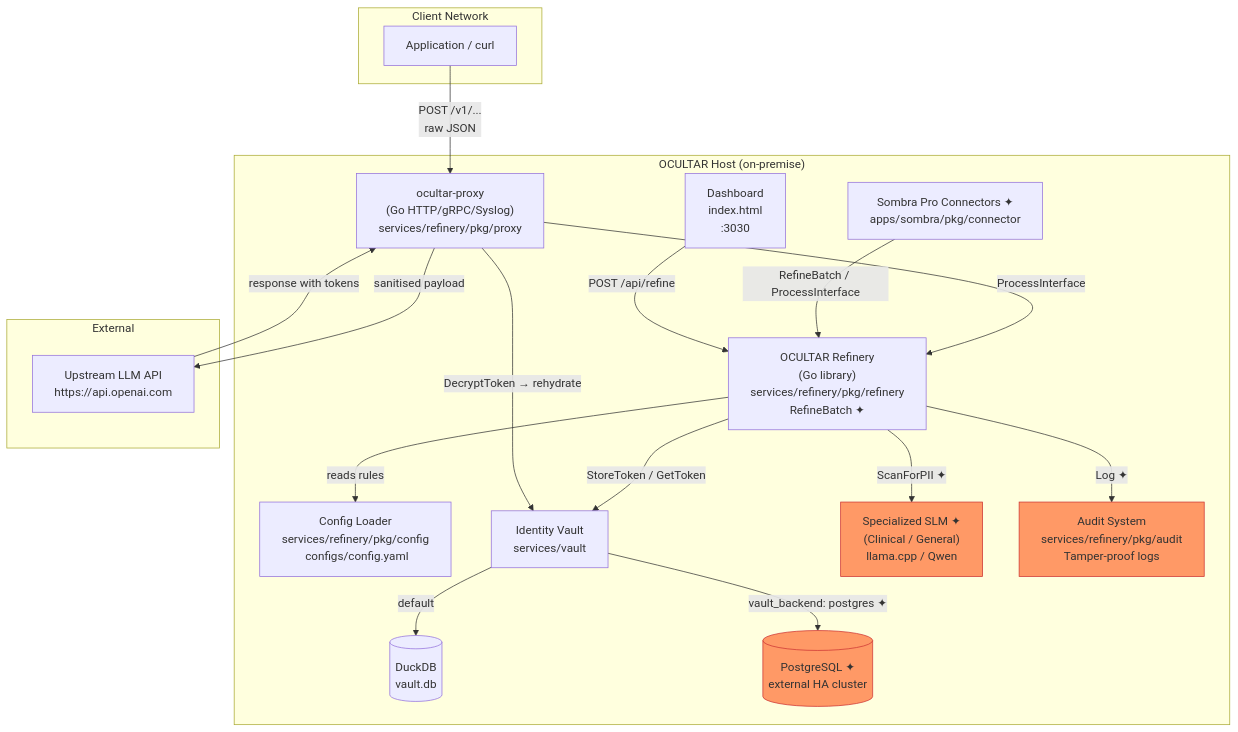
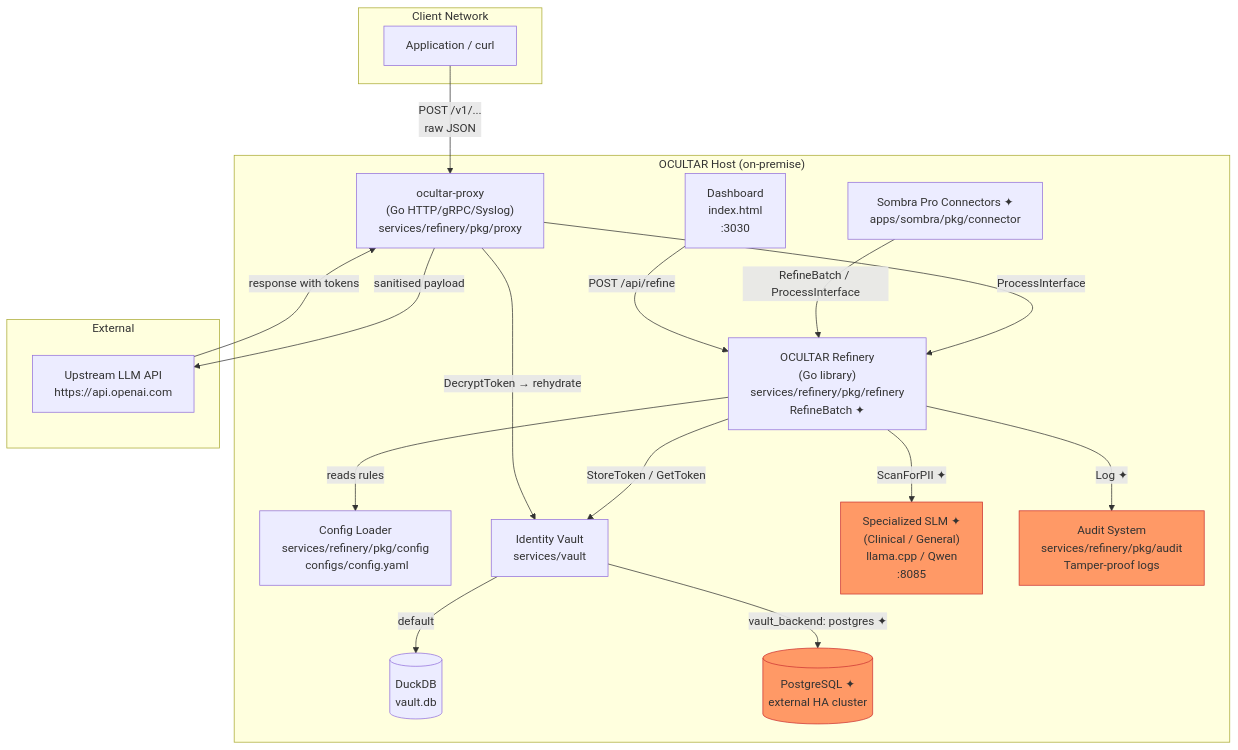
One commit to Edu963/ocultar changed the second of 5 diagrams in docs/reference/ARCHITECTURE.md. Above: the diagram before and after it, drawn with Mermaid. The commit also changed other lines of this file and 5 other files, not shown here.

Commit message:
chore: update proxy port to 8081, document Shield Manager capabilities, and add a project roadmap.

````diff
--- a/docs/reference/ARCHITECTURE.md
+++ b/docs/reference/ARCHITECTURE.md
@@ -52,41 +52,41 @@
 ```mermaid
 graph TD
     subgraph "Client Network"
         App["Application / curl"]
     end
 
     subgraph "OCULTAR Host (on-premise)"
         Proxy["ocultar-proxy\n(Go HTTP/gRPC/Syslog)\nservices/refinery/pkg/proxy"]
         Refinery["OCULTAR Refinery\n(Go library)\nservices/refinery/pkg/refinery\nRefineBatch ✦"]
         Config["Config Loader\nservices/refinery/pkg/config\n configs/config.yaml"]
         Vault_svc["Identity Vault\nservices/vault"]
         DDB[("DuckDB\nvault.db")]
         PG[("PostgreSQL ✦\nexternal HA cluster")]
-        SLM["Specialized SLM ✦\n(Clinical / General)\nllama.cpp / Qwen"]
+        SLM["Specialized SLM ✦\n(Clinical / General)\nllama.cpp / Qwen\n:8085"]
         Dashboard["Dashboard\nindex.html\n:3030"]
         AuditLog["Audit System\nservices/refinery/pkg/audit\nTamper-proof logs"]
         Connectors["Sombra Pro Connectors ✦\napps/sombra/pkg/connector"]
     end
 
     subgraph "External"
         Upstream["Upstream LLM API\nhttps://api.openai.com"]
     end
 
     App -->|"POST /v1/...\nraw JSON"| Proxy
     Proxy -->|"ProcessInterface"| Refinery
     Refinery -->|"reads rules"| Config
     Refinery -->|"StoreToken / GetToken"| Vault_svc
     Refinery -->|"ScanForPII ✦"| SLM
     Refinery -->|"Log ✦"| AuditLog
     Connectors -->|"RefineBatch / ProcessInterface"| Refinery
     Vault_svc -->|"default"| DDB
     Vault_svc -->|"vault_backend: postgres ✦"| PG
     Proxy -->|"sanitised payload"| Upstream
     Upstream -->|"response with tokens"| Proxy
     Proxy -->|"DecryptToken → rehydrate"| Vault_svc
     Dashboard -->|"POST /api/refine"| Refinery
 
     style SLM fill:#f96,stroke:#c33
     style PG fill:#f96,stroke:#c33
     style AuditLog fill:#f96,stroke:#c33
 ```
````
